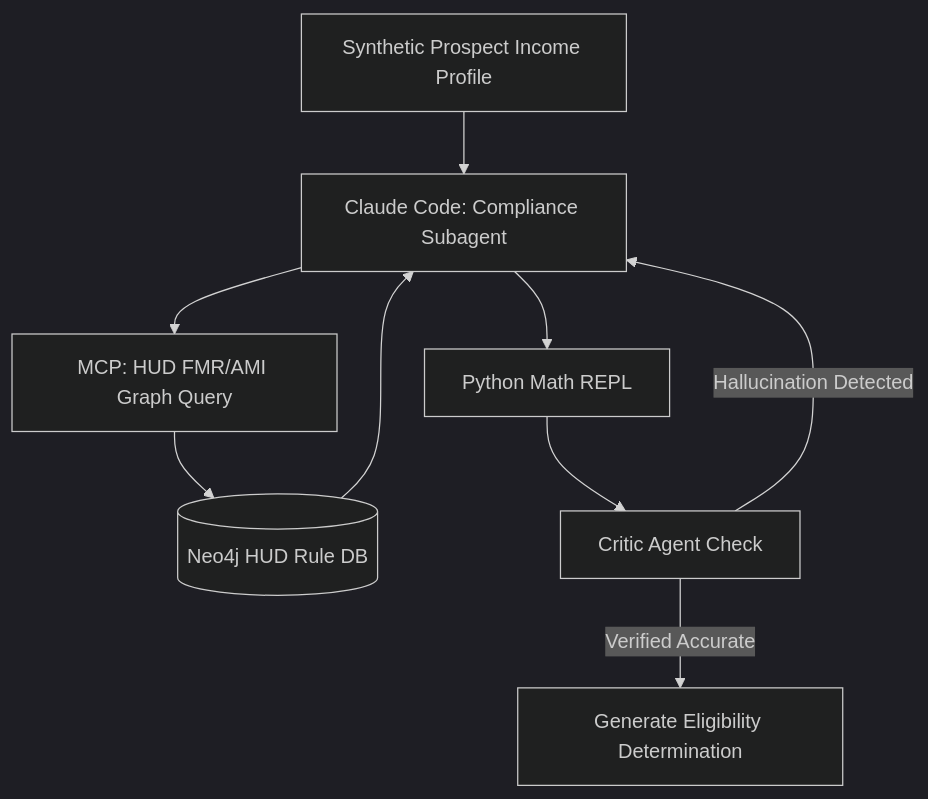
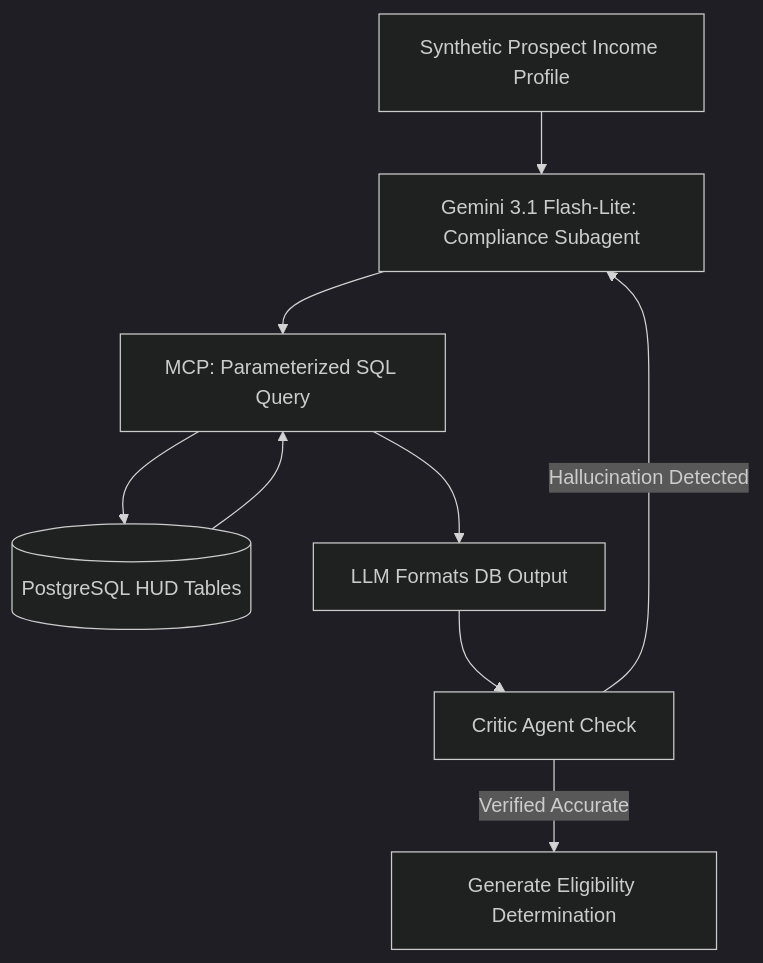
One commit to kaushalbalagurusamy/housing-agent-demo changed the diagram in docs/phase_3_voucher_compliance.md. Above: the diagram before and after it, drawn with Mermaid (dark theme). The commit also changed other lines of this file and 4 other files, not shown here.

Commit message:
docs: pivot to PostgreSQL architecture and Gemini 3.1 Flash-Lite agents

````diff
--- a/docs/phase_3_voucher_compliance.md
+++ b/docs/phase_3_voucher_compliance.md
@@ -29,11 +29,11 @@
 ```mermaid
 graph TD
-    A[Synthetic Prospect Income Profile] --> B[Claude Code: Compliance Subagent]
-    B --> C[MCP: HUD FMR/AMI Graph Query]
-    C --> D[(Neo4j HUD Rule DB)]
-    D --> B
-    B --> E[Python Math REPL]
+    A[Synthetic Prospect Income Profile] --> B[Gemini 3.1 Flash-Lite: Compliance Subagent]
+    B --> C[MCP: Parameterized SQL Query]
+    C --> D[(PostgreSQL HUD Tables)]
+    D --> C
+    C --> E[LLM Formats DB Output]
     E --> F[Critic Agent Check]
     F -->|Hallucination Detected| B
     F -->|Verified Accurate| G[Generate Eligibility Determination]
 ```
````
